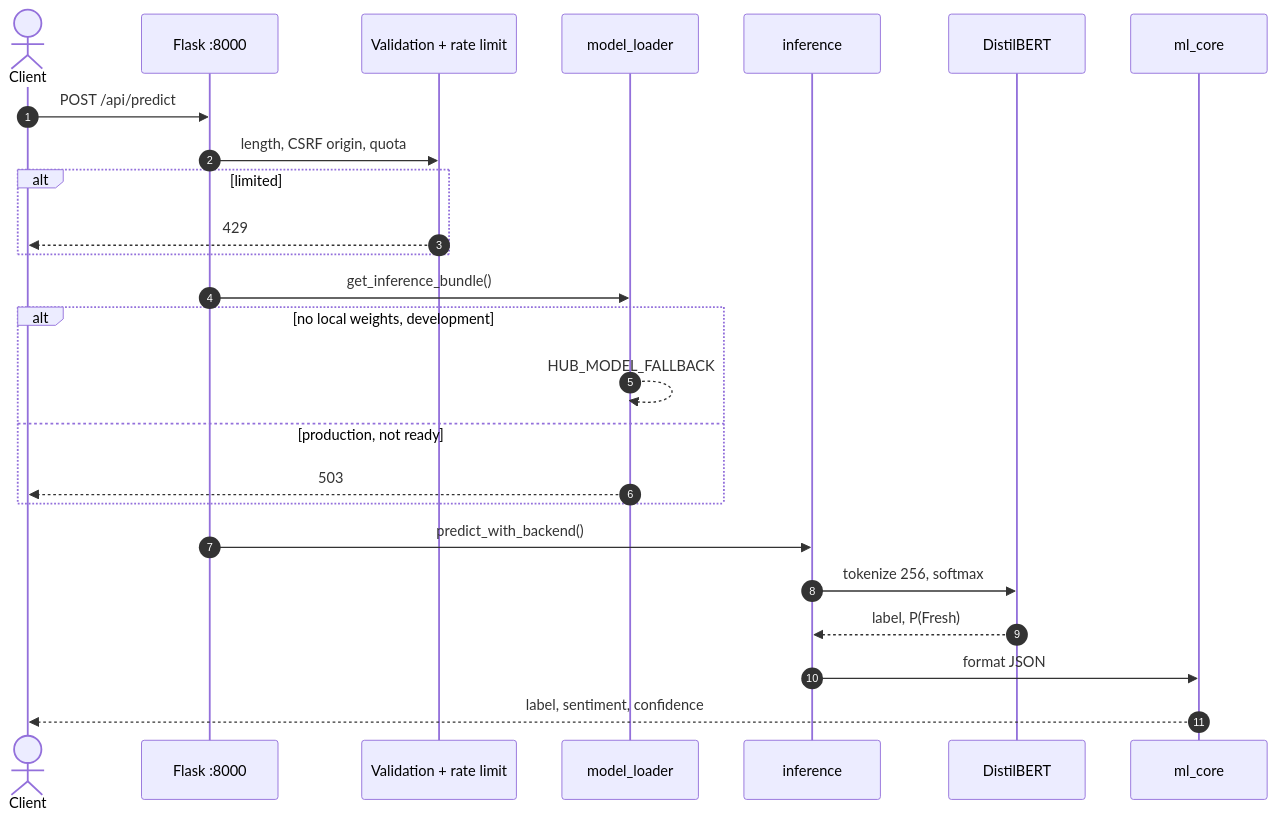
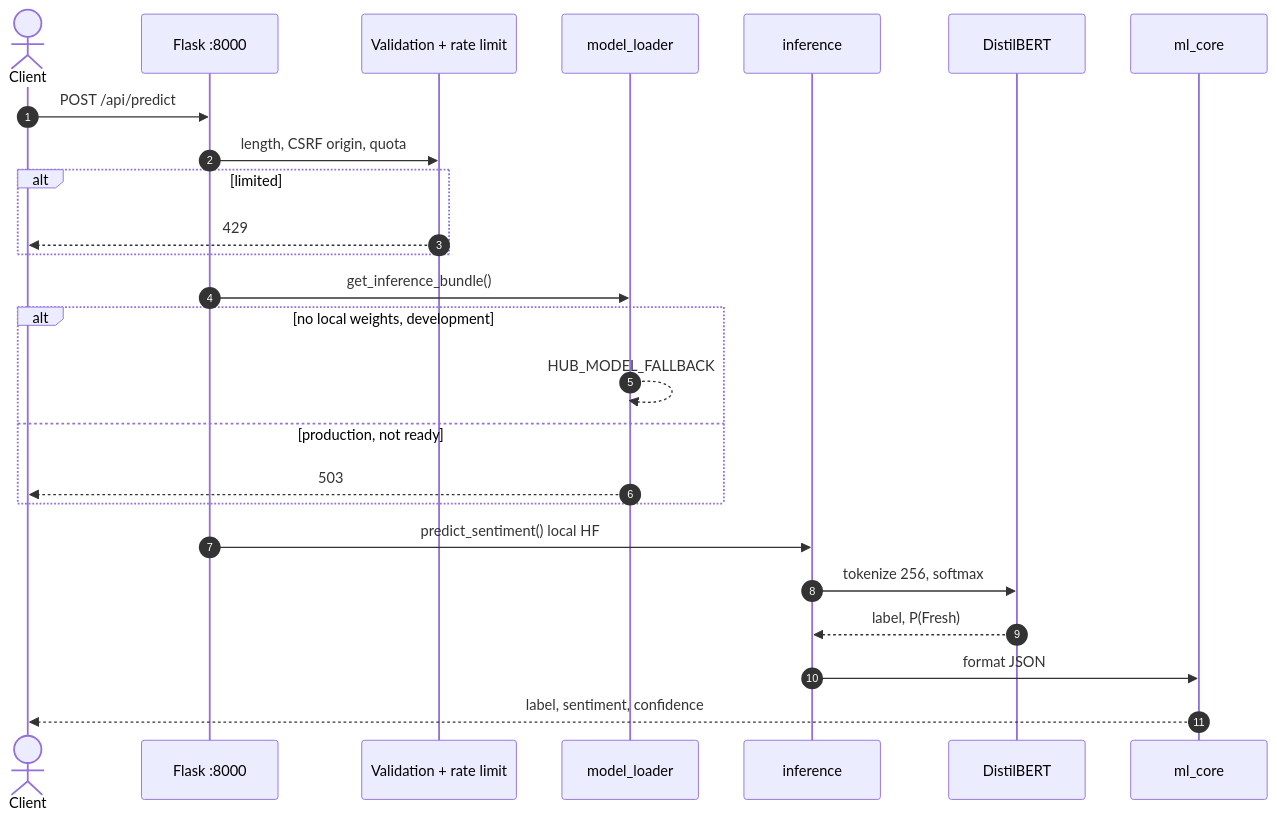
Before and after one commit to TheHien04/Movie-Review-Sentiment-Analysis: the fifth of 20 diagrams in README.md, drawn with Mermaid. The commit also changed other lines of this file and 2 other files, not shown here.

First line of the commit message:
docs: add CS-style AI/ML architecture diagrams (M.1–M.15).

````diff
--- a/README.md
+++ b/README.md
@@ -232,28 +234,28 @@
 ```mermaid
 sequenceDiagram
     autonumber
     actor U as Client
     participant F as Flask :8000
     participant V as Validation + rate limit
     participant L as model_loader
     participant I as inference
     participant M as DistilBERT
     participant C as ml_core
 
     U->>F: POST /api/predict
     F->>V: length, CSRF origin, quota
     alt limited
         V-->>U: 429
     end
     F->>L: get_inference_bundle()
     alt no local weights, development
         L-->>L: HUB_MODEL_FALLBACK
     else production, not ready
         L-->>U: 503
     end
-    F->>I: predict_with_backend()
+    F->>I: predict_sentiment() local HF
     I->>M: tokenize 256, softmax
     M-->>I: label, P(Fresh)
     I->>C: format JSON
     C-->>U: label, sentiment, confidence
 ```
````
